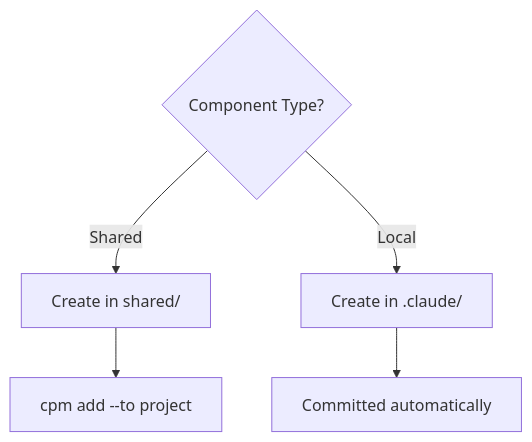
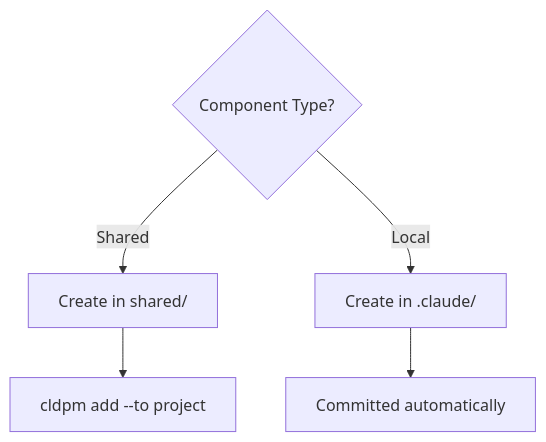
Before and after one commit to transilienceai/cldpm: the third of 3 diagrams in docs/concepts.mdx, drawn with Mermaid. The commit also changed other lines of this file and 148 other files, not shown here.

Commit message:
chore: update the package name from cpm to cldpm

````diff
--- a/docs/concepts.mdx
+++ b/docs/concepts.mdx
@@ -190,8 +190,8 @@
 ```mermaid
 flowchart TD
     A{Component Type?}
     A -->|Shared| B[Create in shared/]
     A -->|Local| C[Create in .claude/]
-    B --> D[cpm add --to project]
+    B --> D[cldpm add --to project]
     C --> E[Committed automatically]
 ```
````
